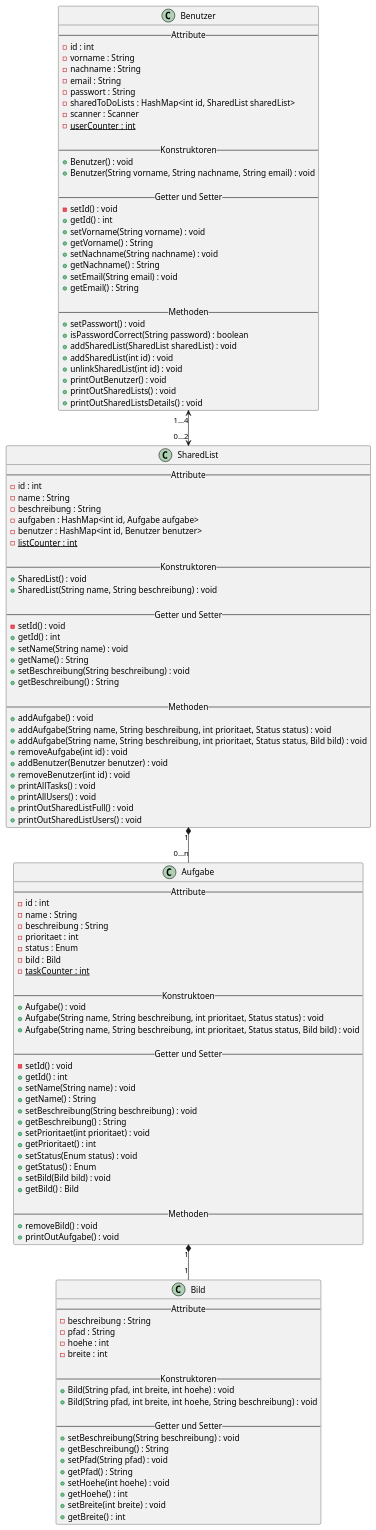
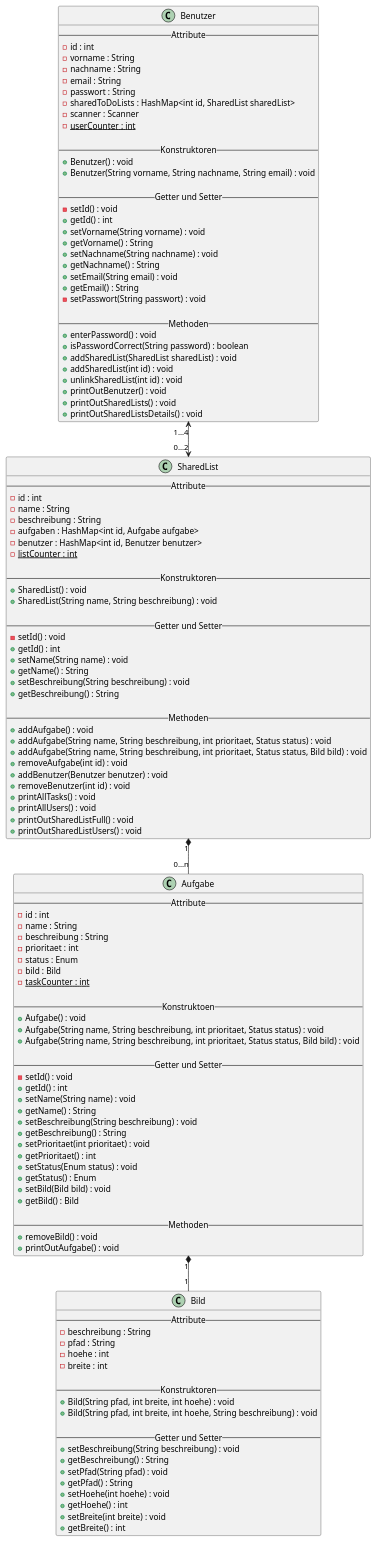
Before and after one commit to bztfinformatik/lerndokumentation-Severinboegli: the diagram in docs/00_Coding_Aufgaben/todo/klassendiagramm.puml, drawn with PlantUML. The commit also changed 35 other files, not shown here.

Commit message:
Changes with Diagramms

```diff
--- a/docs/00_Coding_Aufgaben/todo/klassendiagramm.puml
+++ b/docs/00_Coding_Aufgaben/todo/klassendiagramm.puml
@@ -1,132 +1,133 @@
 @startuml
 
 class Benutzer {
     -- Attribute --
     - id : int
     - vorname : String
     - nachname : String
     - email : String
     - passwort : String
     - sharedToDoLists : HashMap<int id, SharedList sharedList>
     - scanner : Scanner
     - {static} userCounter : int
 
     -- Konstruktoren --
     + Benutzer() : void
     + Benutzer(String vorname, String nachname, String email) : void
 
     -- Getter und Setter --
     - setId() : void
     + getId() : int
     + setVorname(String vorname) : void
     + getVorname() : String
     + setNachname(String nachname) : void
     + getNachname() : String
     + setEmail(String email) : void
     + getEmail() : String
+    - setPasswort(String passwort) : void
     
     -- Methoden --
-    + setPasswort() : void
+    + enterPassword() : void
     + isPasswordCorrect(String password) : boolean
     + addSharedList(SharedList sharedList) : void
     + addSharedList(int id) : void
     + unlinkSharedList(int id) : void
     + printOutBenutzer() : void
     + printOutSharedLists() : void
     + printOutSharedListsDetails() : void
 }
 
 class SharedList {
     -- Attribute --
     - id : int
     - name : String
     - beschreibung : String
     - aufgaben : HashMap<int id, Aufgabe aufgabe>
     - benutzer : HashMap<int id, Benutzer benutzer>
     -{static} listCounter : int
 
     -- Konstruktoren --
     + SharedList() : void
     + SharedList(String name, String beschreibung) : void
 
     -- Getter und Setter --
     - setId() : void
     + getId() : int
     + setName(String name) : void
     + getName() : String
     + setBeschreibung(String beschreibung) : void
     + getBeschreibung() : String
 
     -- Methoden --
     + addAufgabe() : void
     + addAufgabe(String name, String beschreibung, int prioritaet, Status status) : void
     + addAufgabe(String name, String beschreibung, int prioritaet, Status status, Bild bild) : void
     + removeAufgabe(int id) : void
     + addBenutzer(Benutzer benutzer) : void
     + removeBenutzer(int id) : void
     + printAllTasks() : void
     + printAllUsers() : void
     + printOutSharedListFull() : void
     + printOutSharedListUsers() : void
 }
 
 class Aufgabe {
     -- Attribute --
     - id : int
     - name : String
     - beschreibung : String
     - prioritaet : int
     - status : Enum
     - bild : Bild
     -{static} taskCounter : int
 
     -- Konstruktoen --
     + Aufgabe() : void
     + Aufgabe(String name, String beschreibung, int prioritaet, Status status) : void
     + Aufgabe(String name, String beschreibung, int prioritaet, Status status, Bild bild) : void
 
     -- Getter und Setter --
     - setId() : void
     + getId() : int
     + setName(String name) : void
     + getName() : String
     + setBeschreibung(String beschreibung) : void
     + getBeschreibung() : String
     + setPrioritaet(int prioritaet) : void
     + getPrioritaet() : int
     + setStatus(Enum status) : void
     + getStatus() : Enum
     + setBild(Bild bild) : void
     + getBild() : Bild
 
     -- Methoden --
     + removeBild() : void
     + printOutAufgabe() : void
 }
 
 class Bild {
     -- Attribute --
     - beschreibung : String
     - pfad : String
     - hoehe : int
     - breite : int
 
     -- Konstruktoren --
     + Bild(String pfad, int breite, int hoehe) : void
     + Bild(String pfad, int breite, int hoehe, String beschreibung) : void
 
     -- Getter und Setter --
     + setBeschreibung(String beschreibung) : void
     + getBeschreibung() : String
     + setPfad(String pfad) : void
     + getPfad() : String
     + setHoehe(int hoehe) : void
     + getHoehe() : int
     + setBreite(int breite) : void
     + getBreite() : int
 }
 Benutzer "1...4" <--> "0...2" SharedList
 SharedList "1" *-- "0...n" Aufgabe
 Aufgabe "1" *-- "1" Bild
 
 @enduml
```
